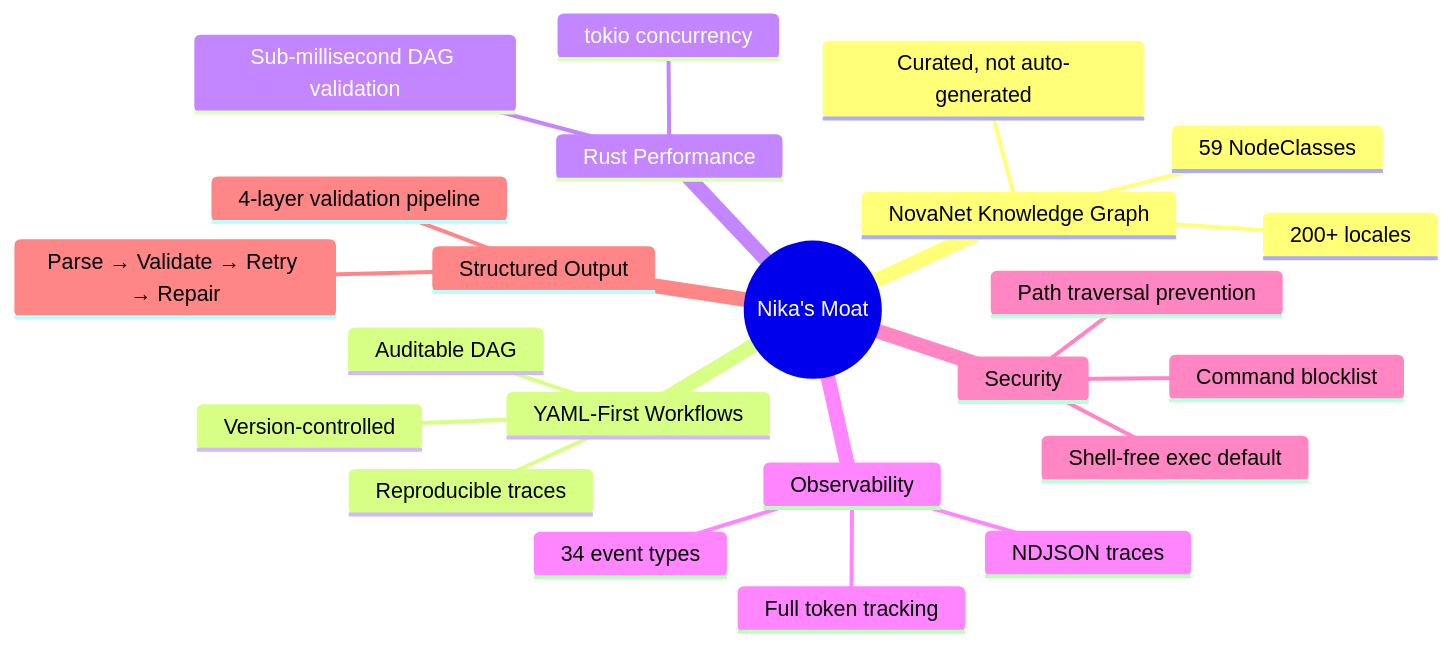
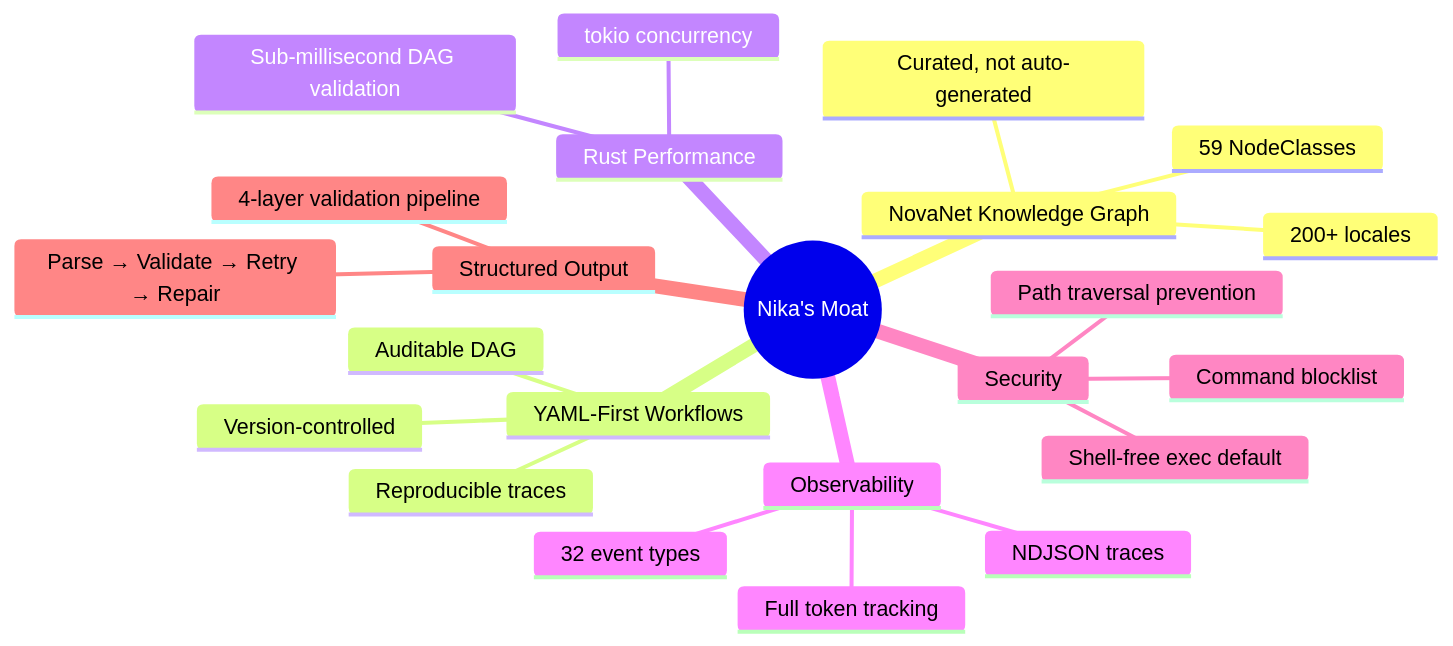
The seventh of 7 diagrams in tools/nika/docs/brainstorm/nika-evolution/03-competitive-landscape.md (supernovae-st/nika), drawn with Mermaid before and after one commit. The commit also changed other lines of this file and 35 other files, not shown here.

````diff
--- a/tools/nika/docs/brainstorm/nika-evolution/03-competitive-landscape.md
+++ b/tools/nika/docs/brainstorm/nika-evolution/03-competitive-landscape.md
@@ -339,26 +339,26 @@
 ```mermaid
 mindmap
     root((Nika's Moat))
         NovaNet Knowledge Graph
             Curated, not auto-generated
             59 NodeClasses
             200+ locales
         YAML-First Workflows
             Version-controlled
             Auditable DAG
             Reproducible traces
         Rust Performance
             tokio concurrency
             Sub-millisecond DAG validation
         Observability
-            34 event types
+            32 event types
             NDJSON traces
             Full token tracking
         Security
             Shell-free exec default
             Command blocklist
             Path traversal prevention
         Structured Output
             4-layer validation pipeline
             Parse → Validate → Retry → Repair
 ```
````
